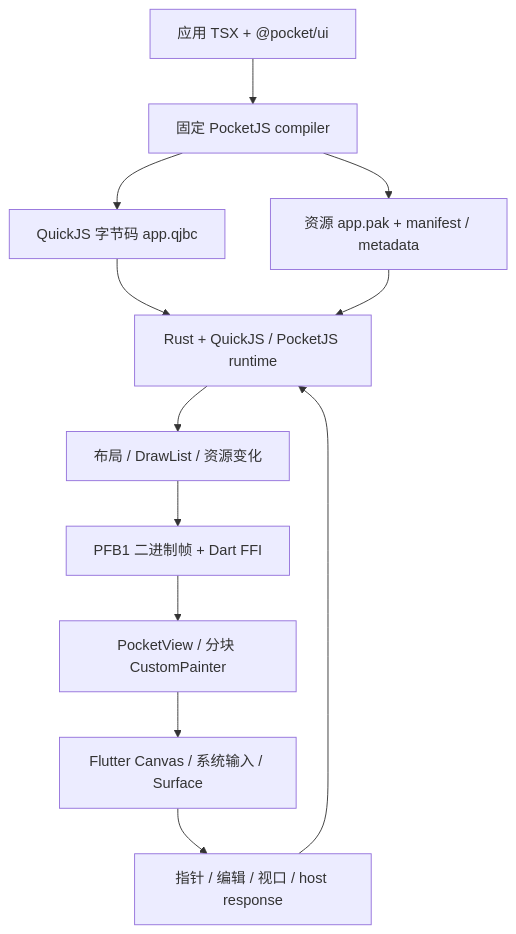
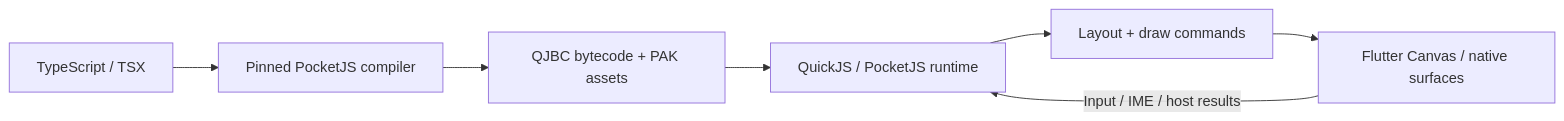
One commit to CodeEagle/pocket changed the diagram in README.md. Above: the diagram before and after it, drawn with Mermaid. The commit also changed other lines of this file and 1 other file, not shown here.

````diff
--- a/README.md
+++ b/README.md
@@ -53,14 +57,9 @@
 ```mermaid
-flowchart TD
-    A[应用 TSX + @pocket/ui] --> B[固定 PocketJS compiler]
-    B --> C[QuickJS 字节码 app.qjbc]
-    B --> D[资源 app.pak + manifest / metadata]
-    C --> E[Rust + QuickJS / PocketJS runtime]
-    D --> E
-    E --> F[布局 / DrawList / 资源变化]
-    F --> G[PFB1 二进制帧 + Dart FFI]
-    G --> H[PocketView / 分块 CustomPainter]
-    H --> I[Flutter Canvas / 系统输入 / Surface]
-    I --> J[指针 / 编辑 / 视口 / host response]
-    J --> E
+flowchart LR
+    A[TypeScript / TSX] --> B[Pinned PocketJS compiler]
+    B --> C[QJBC bytecode + PAK assets]
+    C --> D[QuickJS / PocketJS runtime]
+    D --> E[Layout + draw commands]
+    E --> F[Flutter Canvas / native surfaces]
+    F -->|Input / IME / host results| D
 ```
````
